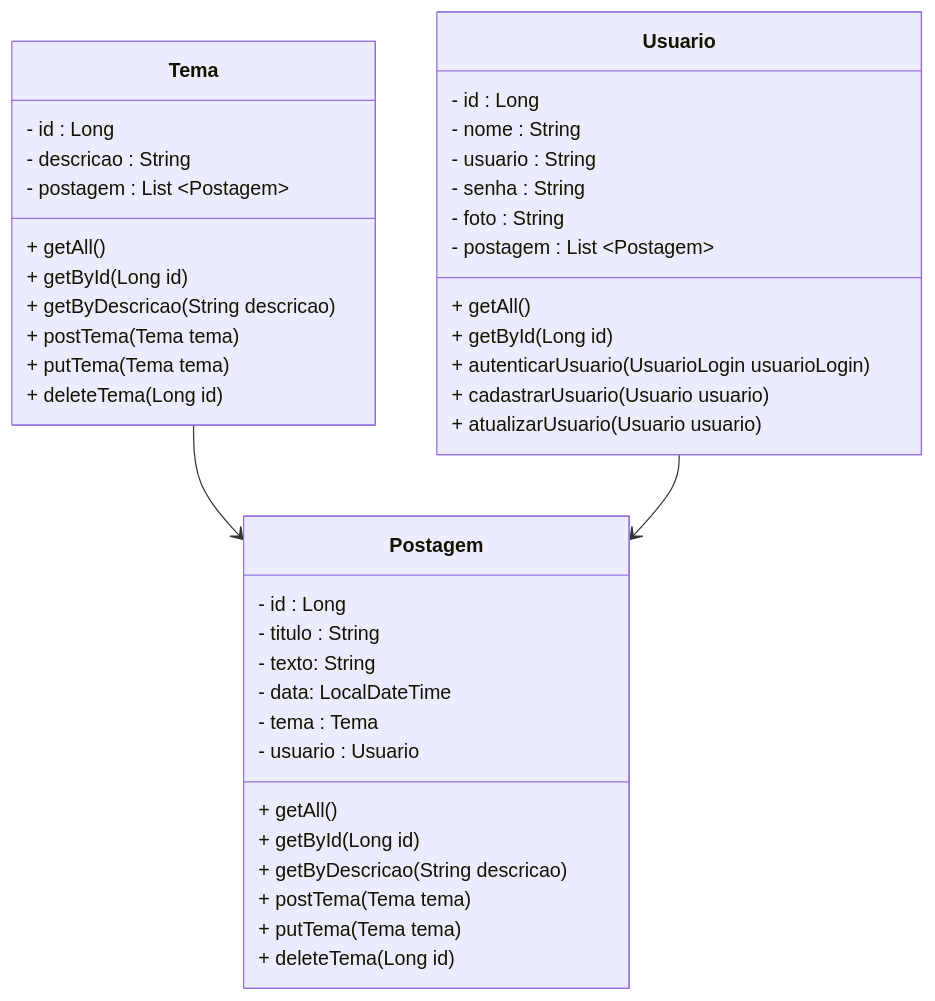
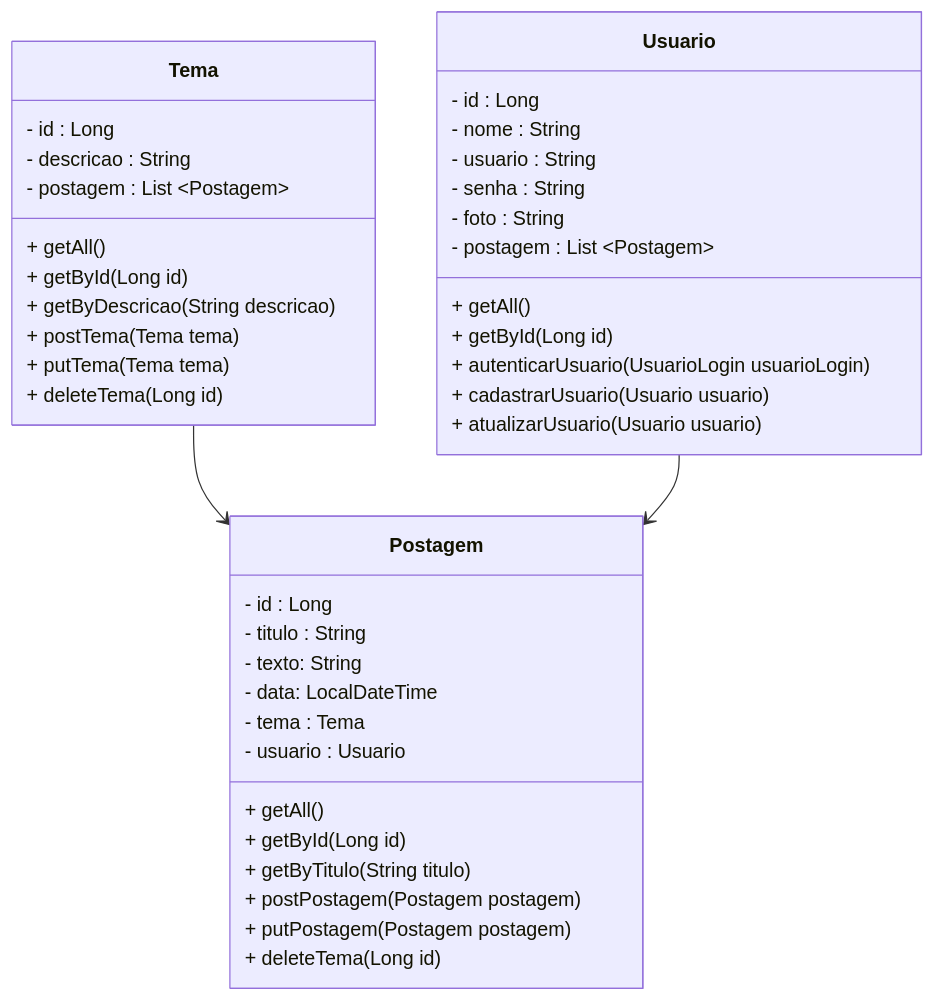
Before and after one commit to rafaelq80/blogpessoal_2022: the diagram in README.md, drawn with Mermaid.

````diff
--- a/README.md
+++ b/README.md
@@ -15,43 +15,43 @@
 ```mermaid
 classDiagram
 class Tema {
   - id : Long
   - descricao : String
   - postagem : List ~Postagem~
   + getAll()
   + getById(Long id)
   + getByDescricao(String descricao)
   + postTema(Tema tema)
   + putTema(Tema tema)
   + deleteTema(Long id)
 }
 class Postagem {
   - id : Long
   - titulo : String
   - texto: String
   - data: LocalDateTime
   - tema : Tema
   - usuario : Usuario
   + getAll()
   + getById(Long id)
-  + getByDescricao(String descricao)
-  + postTema(Tema tema)
-  + putTema(Tema tema)
+  + getByTitulo(String titulo)
+  + postPostagem(Postagem postagem)
+  + putPostagem(Postagem postagem)
   + deleteTema(Long id)
 }
 class Usuario {
   - id : Long
   - nome : String
   - usuario : String
   - senha : String
   - foto : String
   - postagem : List ~Postagem~
   + getAll()
   + getById(Long id)
   + autenticarUsuario(UsuarioLogin usuarioLogin)
   + cadastrarUsuario(Usuario usuario)
   + atualizarUsuario(Usuario usuario)
 }
 Tema --> Postagem
 Usuario --> Postagem
 ```
````
